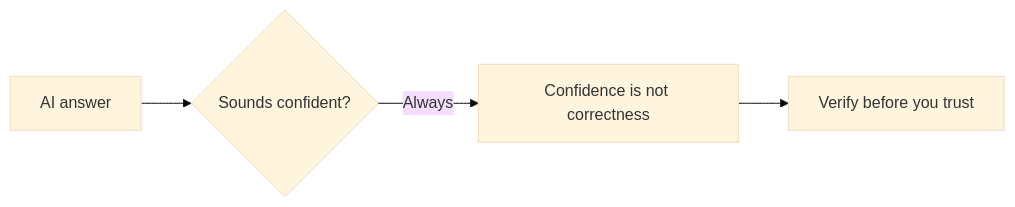
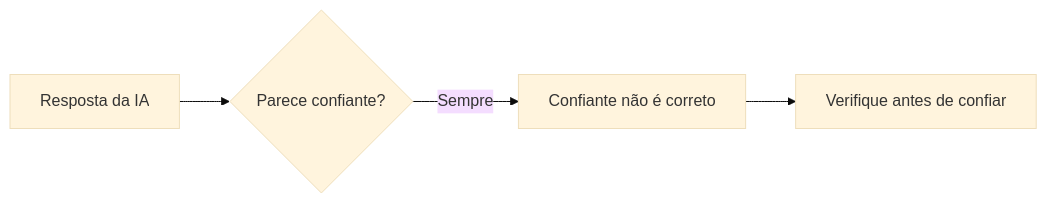
One commit to KakkoiDev/izumo-io changed the diagram in content/ai/a01.pt.md. Above: the diagram before and after it, drawn with Mermaid (base theme). The commit also changed 47 other files, not shown here.

First line of the commit message:
Translate mermaid diagram labels to JA + PT in AI lessons

````diff
--- a/content/ai/a01.pt.md
+++ b/content/ai/a01.pt.md
@@ -18,6 +18,6 @@
 ```mermaid
 flowchart LR
-    A[AI answer] --> B{Sounds confident?}
-    B -->|Always| C[Confidence is not correctness]
-    C --> D[Verify before you trust]
+    A[Resposta da IA] --> B{Parece confiante?}
+    B -->|Sempre| C[Confiante não é correto]
+    C --> D[Verifique antes de confiar]
 ```
````
